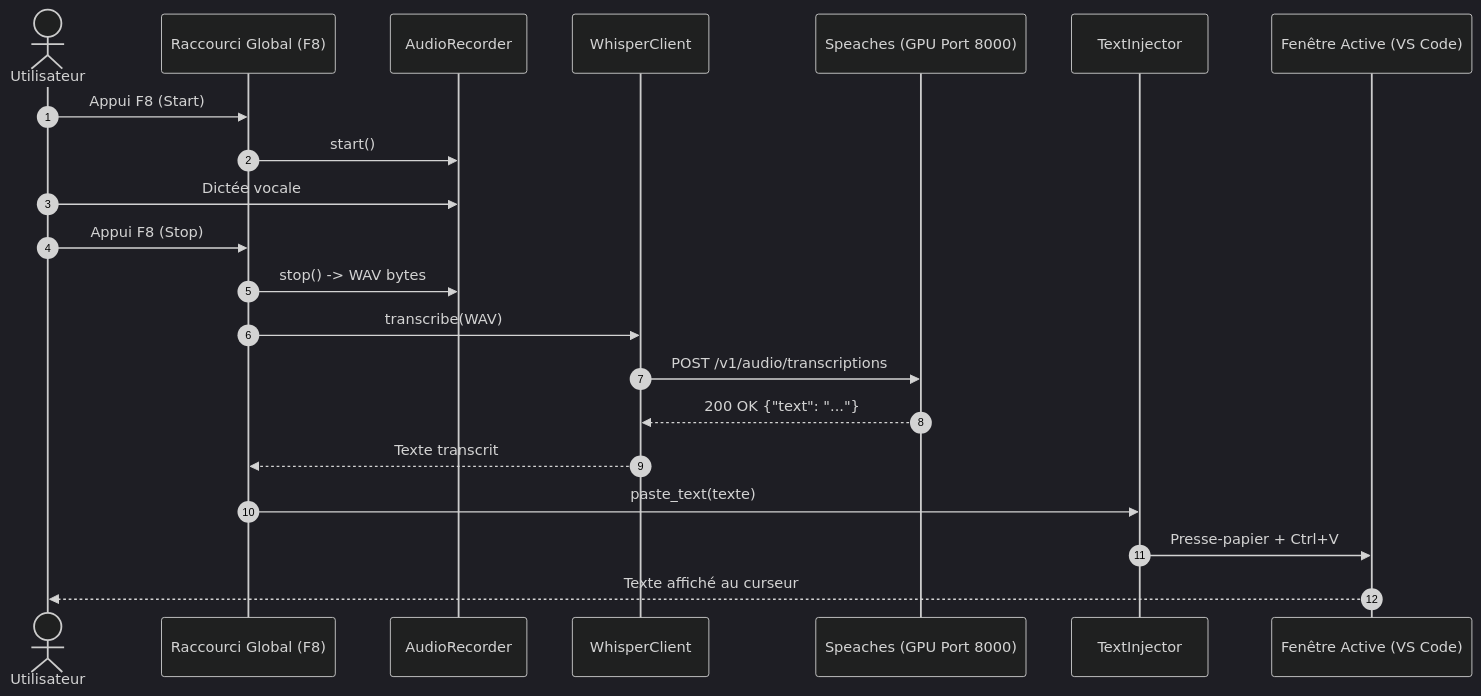
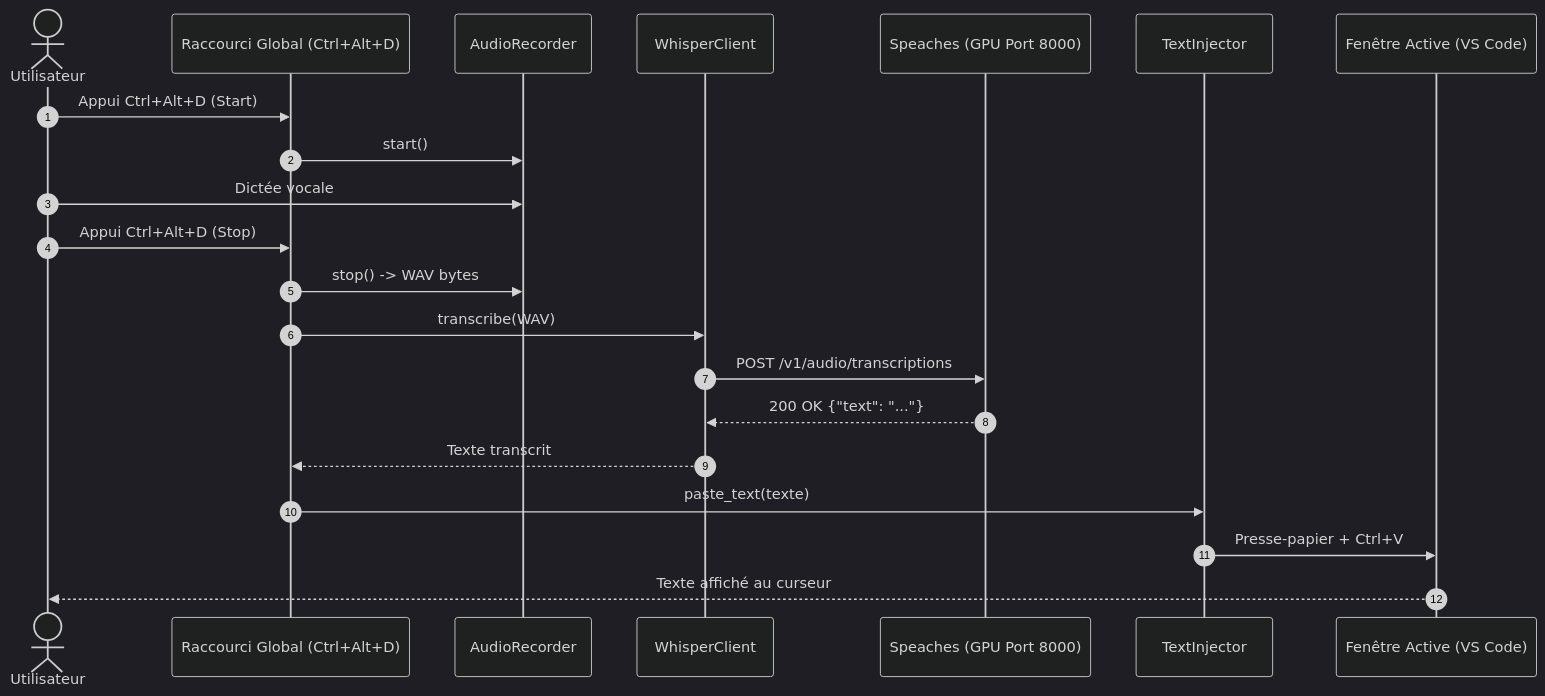
The first of 2 diagrams in docs/ARCHITECTURE.md (floSa/whisper-dictation), drawn with Mermaid (dark theme) before and after one commit. The commit also changed other lines of this file and 1 other file, not shown here.

Commit message:
docs: alignement complet de CADRAGE.md et ARCHITECTURE.md avec les lanceurs de service et Win32

````diff
--- a/docs/ARCHITECTURE.md
+++ b/docs/ARCHITECTURE.md
@@ -37,24 +38,24 @@
 ```mermaid
 sequenceDiagram
   autonumber
   actor User as Utilisateur
-  participant Hotkey as Raccourci Global (F8)
+  participant Hotkey as Raccourci Global (Ctrl+Alt+D)
   participant Recorder as AudioRecorder
   participant Client as WhisperClient
   participant Server as Speaches (GPU Port 8000)
   participant Injector as TextInjector
   participant App as Fenêtre Active (VS Code)
 
-  User->>Hotkey: Appui F8 (Start)
+  User->>Hotkey: Appui Ctrl+Alt+D (Start)
   Hotkey->>Recorder: start()
   User->>Recorder: Dictée vocale
-  User->>Hotkey: Appui F8 (Stop)
+  User->>Hotkey: Appui Ctrl+Alt+D (Stop)
   Hotkey->>Recorder: stop() -> WAV bytes
   Hotkey->>Client: transcribe(WAV)
   Client->>Server: POST /v1/audio/transcriptions
   Server-->>Client: 200 OK {"text": "..."}
   Client-->>Hotkey: Texte transcrit
   Hotkey->>Injector: paste_text(texte)
   Injector->>App: Presse-papier + Ctrl+V
   App-->>User: Texte affiché au curseur
 ```
````
